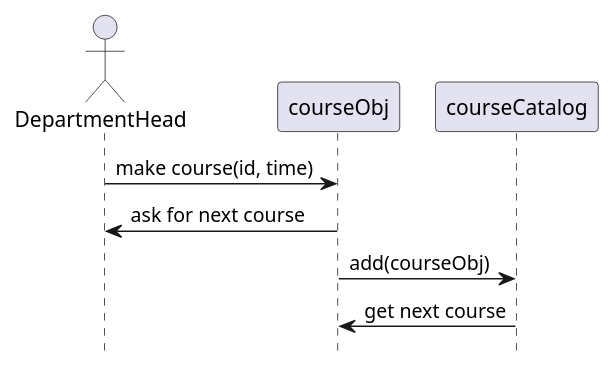
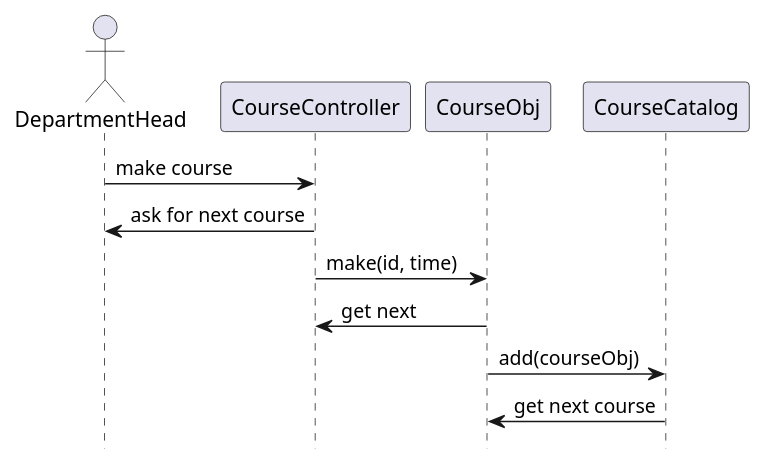
One commit to Jofosu/professor-student-advising-app changed the diagram in Doc/department-head-sequence-diagram.puml. Above: the diagram before and after it, drawn with PlantUML. The commit also changed 1 other file, not shown here.

Commit message:
slightly updated diagrams

```diff
--- a/Doc/department-head-sequence-diagram.puml
+++ b/Doc/department-head-sequence-diagram.puml
@@ -1,13 +1,18 @@
 @startuml
 'https://plantuml.com/sequence-diagram
 hide footbox
 actor DepartmentHead as DH
-participant courseObj as CO
-participant courseCatalog as CC
+participant CourseController as CO
+participant CourseObj as COO
+participant CourseCatalog as CC
 
-DH -> CO: make course(id, time)
+DH -> CO: make course
 CO -> DH: ask for next course
-CO -> CC: add(courseObj)
-CC -> CO: get next course
+CO -> COO: make(id, time)
+COO -> CO: get next
+COO -> CC: add(courseObj)
+CC -> COO: get next course
+
+
 
 @enduml
```
